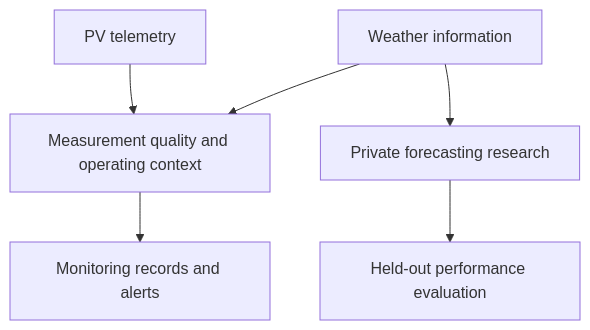
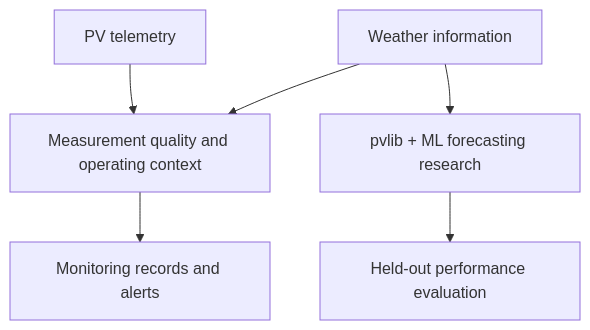
Before and after one commit to Wwwa22/solar-pv-monitoring-system: the diagram in README.md, drawn with Mermaid. The commit also changed other lines of this file, not shown here.

Commit message:
docs: clarify research provenance, architecture, and verification scope

````diff
--- a/README.md
+++ b/README.md
@@ -30,8 +32,8 @@
 ```mermaid
 flowchart TD
     P["PV telemetry"] --> M["Measurement quality and operating context"]
     W["Weather information"] --> M
     M --> A["Monitoring records and alerts"]
-    W --> F["Private forecasting research"]
+    W --> F["pvlib + ML forecasting research"]
     F --> E["Held-out performance evaluation"]
 ```
````
